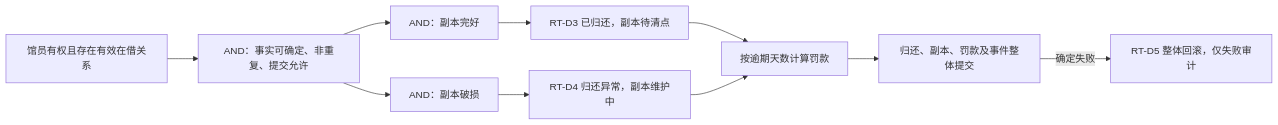
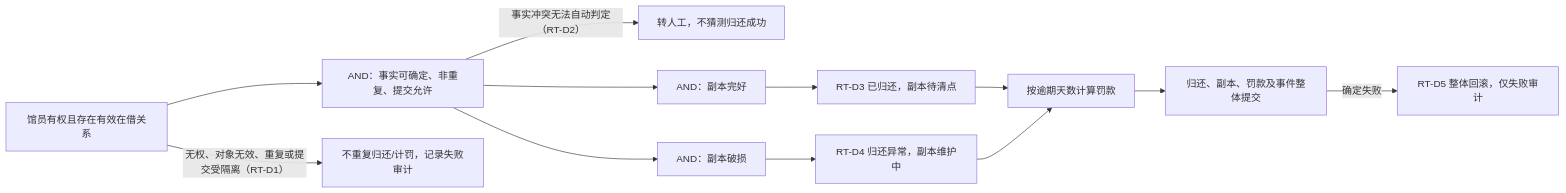
One commit to whitecait/MyLibrarySystem changed the sixth of 9 diagrams in docs/02-overall-design/MLS-DOC-OD-0003.md. Above: the diagram before and after it, drawn with Mermaid. The commit also changed other lines of this file and 2 other files, not shown here.

````diff
--- a/docs/02-overall-design/MLS-DOC-OD-0003.md
+++ b/docs/02-overall-design/MLS-DOC-OD-0003.md
@@ -200,10 +231,12 @@
 ```mermaid
 flowchart LR
     AUTH["馆员有权且存在有效在借关系"] --> V["AND：事实可确定、非重复、提交允许"]
+    AUTH -->|"无权、对象无效、重复或提交受隔离（RT-D1）"| RT1["不重复归还/计罚，记录失败审计"]
+    V -->|"事实冲突无法自动判定（RT-D2）"| RT2["转人工，不猜测归还成功"]
     V --> OK["AND：副本完好"] --> NORMAL["RT-D3 已归还，副本待清点"]
     V --> BAD["AND：副本破损"] --> AB["RT-D4 归还异常，副本维护中"]
     NORMAL --> CALC["按逾期天数计算罚款"]
     AB --> CALC
     CALC --> COMMIT["归还、副本、罚款及事件整体提交"]
     COMMIT -->|"确定失败"| ROLLBACK["RT-D5 整体回滚，仅失败审计"]
 ```
````
